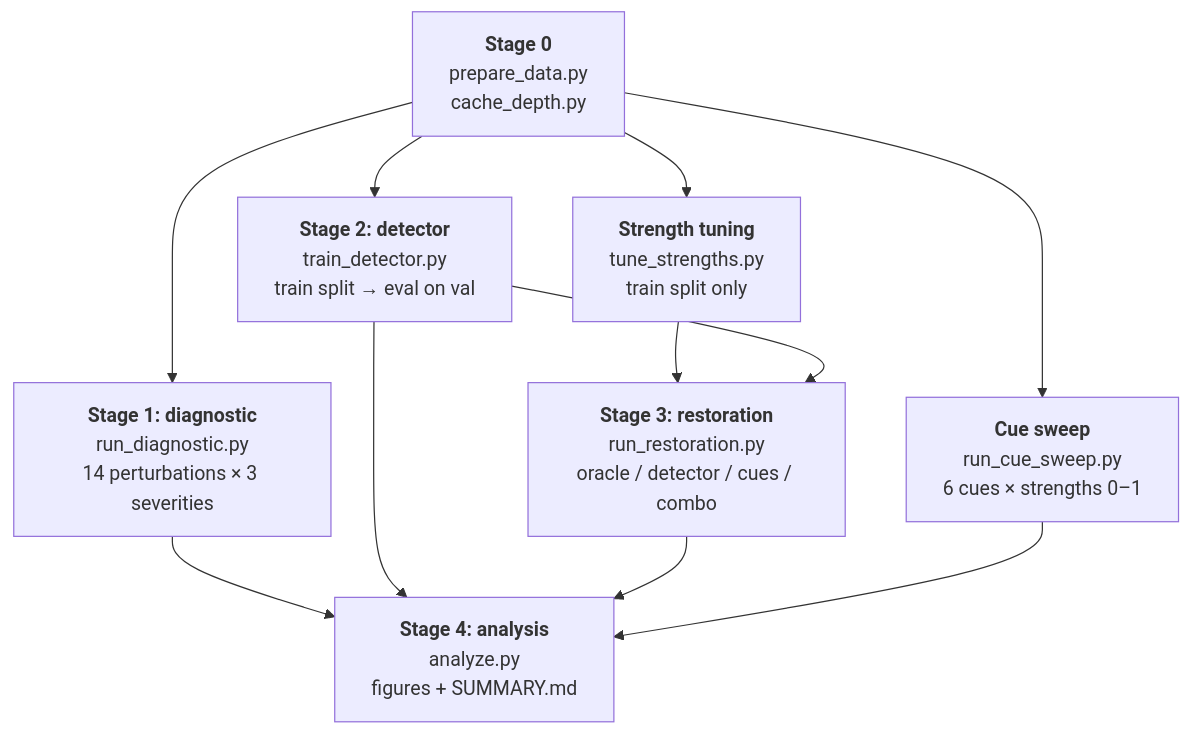
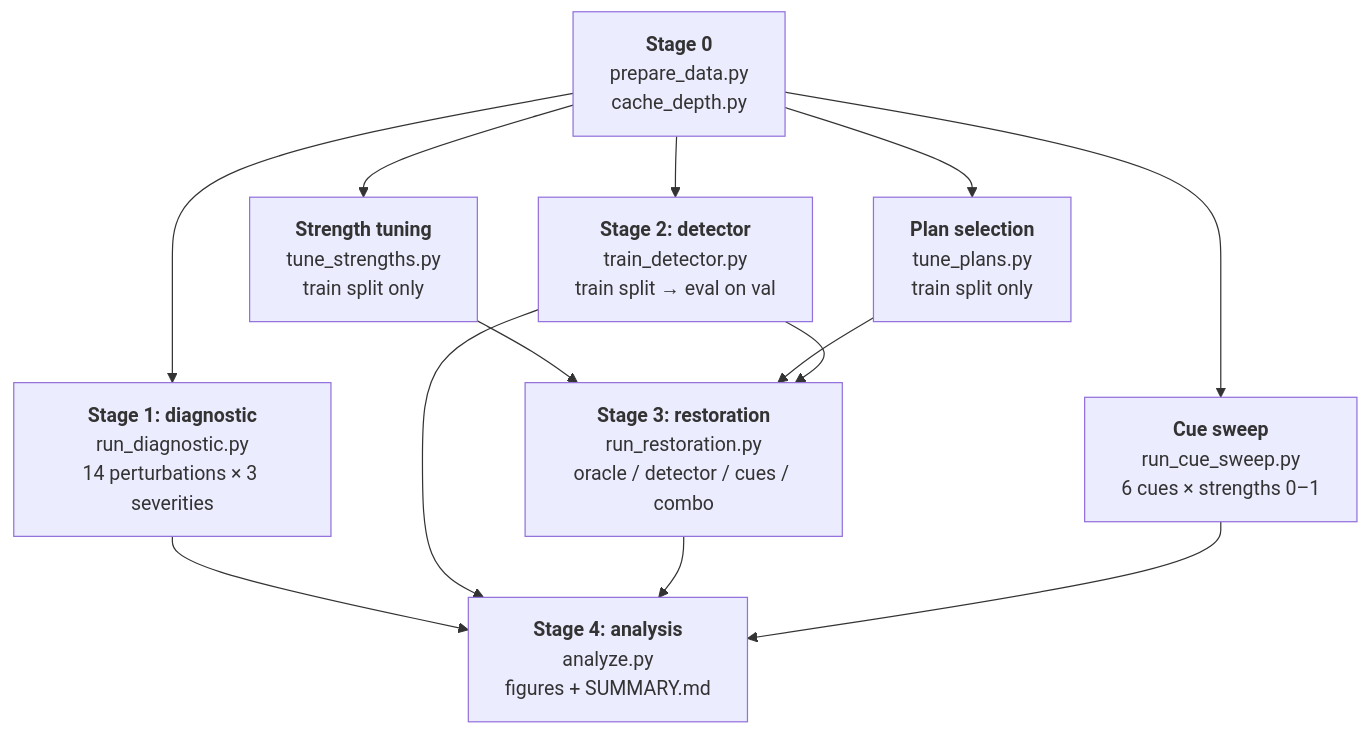
Before and after one commit to sumonesphantom/CSE_598_ODL_project: the second of 3 diagrams in README.md, drawn with Mermaid. The commit also changed other lines of this file and 21 other files, not shown here.

````diff
--- a/README.md
+++ b/README.md
@@ -79,14 +79,16 @@
 ```mermaid
 flowchart TD
     P0["<b>Stage 0</b><br/>prepare_data.py<br/>cache_depth.py"] --> P1
     P0 --> P2
     P0 --> PS
     P0 --> PT
     PT["<b>Strength tuning</b><br/>tune_strengths.py<br/>train split only"] --> P3
+    P0 --> PP
+    PP["<b>Plan selection</b><br/>tune_plans.py<br/>train split only"] --> P3
     P1["<b>Stage 1: diagnostic</b><br/>run_diagnostic.py<br/>14 perturbations × 3 severities"] --> P4
     P2["<b>Stage 2: detector</b><br/>train_detector.py<br/>train split → eval on val"] --> P3
     P2 --> P4
     P3["<b>Stage 3: restoration</b><br/>run_restoration.py<br/>oracle / detector / cues / combo"] --> P4
     PS["<b>Cue sweep</b><br/>run_cue_sweep.py<br/>6 cues × strengths 0–1"] --> P4
     P4["<b>Stage 4: analysis</b><br/>analyze.py<br/>figures + SUMMARY.md"]
 ```
````
